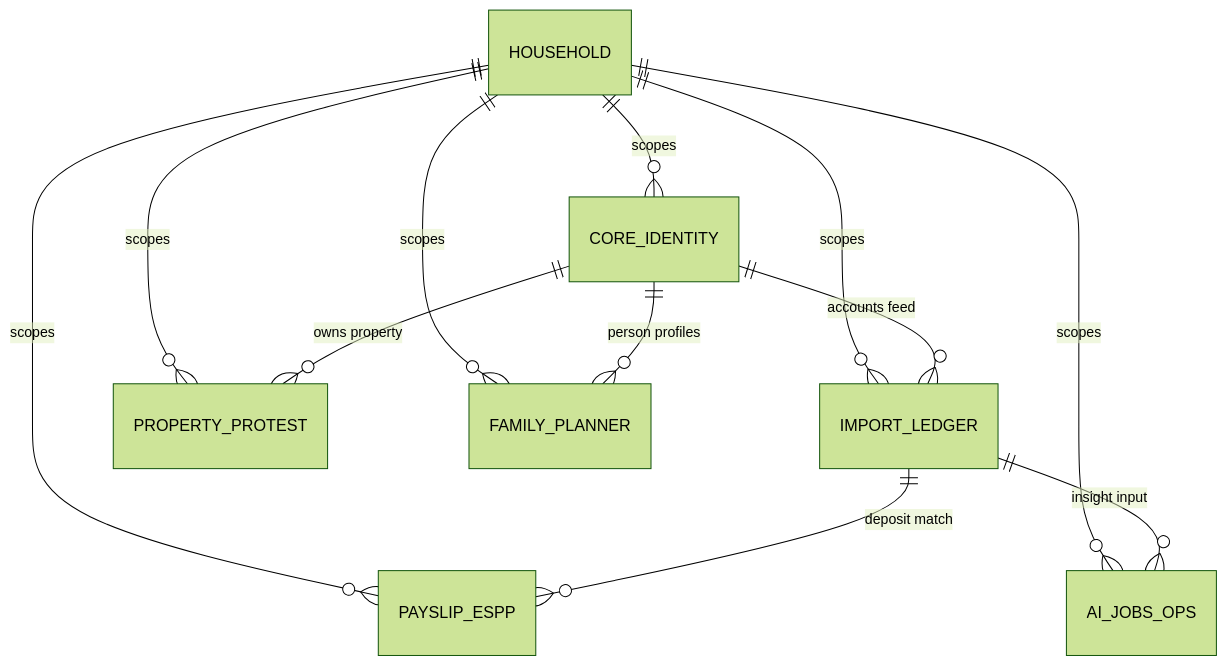
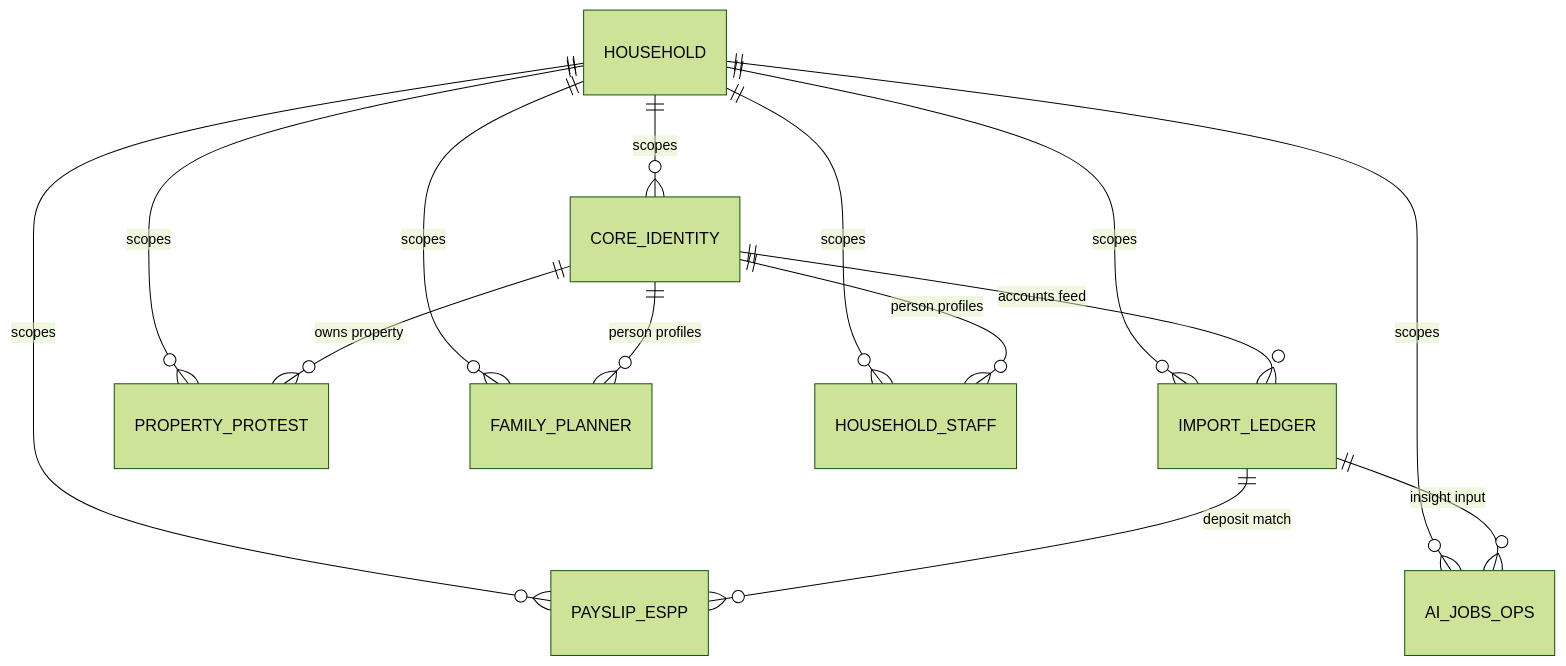
One commit to mangatrai/grove changed the first of 8 diagrams in docs/DATABASE_ARCHITECTURE.md. Above: the diagram before and after it, drawn with Mermaid (forest theme). The commit also changed other lines of this file and 13 other files, not shown here.

First line of the commit message:
feat(staff): household staff data model + permission level control

````diff
--- a/docs/DATABASE_ARCHITECTURE.md
+++ b/docs/DATABASE_ARCHITECTURE.md
@@ -40,14 +40,16 @@
 ```mermaid
 erDiagram
     HOUSEHOLD ||--o{ CORE_IDENTITY : scopes
     HOUSEHOLD ||--o{ IMPORT_LEDGER : scopes
     HOUSEHOLD ||--o{ PAYSLIP_ESPP : scopes
     HOUSEHOLD ||--o{ PROPERTY_PROTEST : scopes
     HOUSEHOLD ||--o{ FAMILY_PLANNER : scopes
+    HOUSEHOLD ||--o{ HOUSEHOLD_STAFF : scopes
     HOUSEHOLD ||--o{ AI_JOBS_OPS : scopes
     CORE_IDENTITY ||--o{ IMPORT_LEDGER : "accounts feed"
     IMPORT_LEDGER ||--o{ PAYSLIP_ESPP : "deposit match"
     CORE_IDENTITY ||--o{ PROPERTY_PROTEST : "owns property"
     CORE_IDENTITY ||--o{ FAMILY_PLANNER : "person profiles"
+    CORE_IDENTITY ||--o{ HOUSEHOLD_STAFF : "person profiles"
     IMPORT_LEDGER ||--o{ AI_JOBS_OPS : "insight input"
 ```
````
